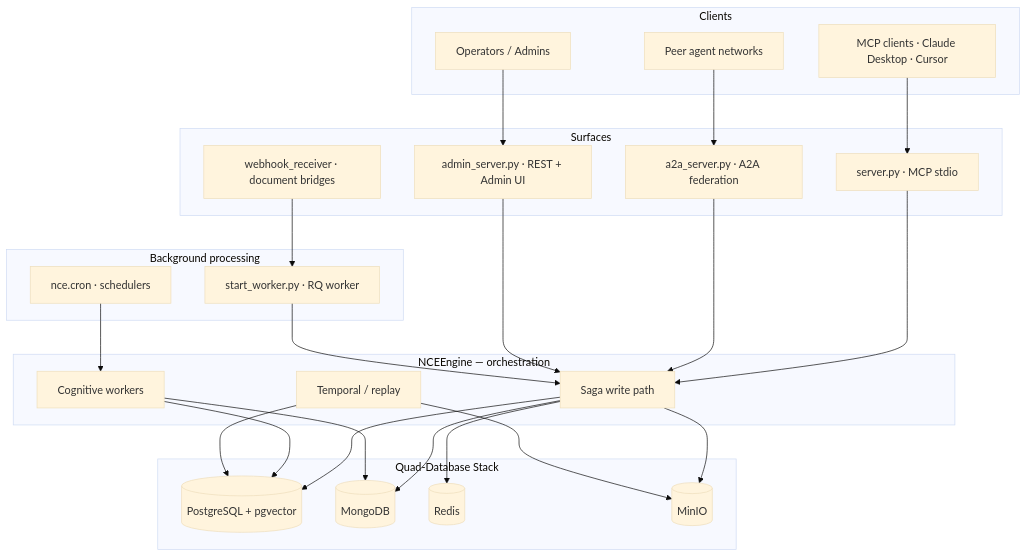
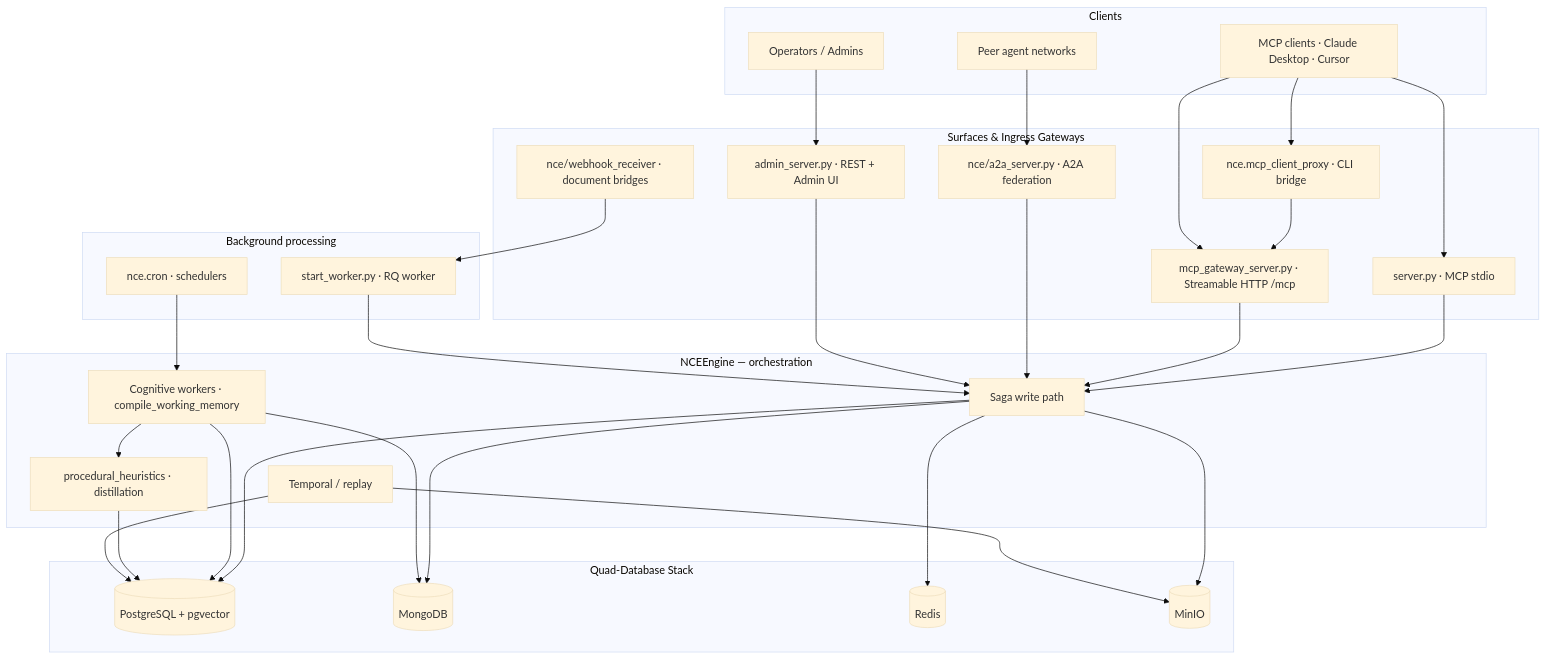
Before and after one commit to sindrehaugen/neuro-cognitive-engine: the diagram in README.md, drawn with Mermaid (base theme). The commit also changed other lines of this file and 140 other files, not shown here.

````diff
--- a/README.md
+++ b/README.md
@@ -83,46 +83,55 @@
 ```mermaid
 flowchart TB
   subgraph Clients [Clients]
-    IDE[MCP clients · Claude Desktop · Cursor]
-    PEER[Peer agent networks]
-    OPS[Operators / Admins]
+    IDE["MCP clients · Claude Desktop · Cursor"]
+    PEER["Peer agent networks"]
+    OPS["Operators / Admins"]
   end
 
-  subgraph Surfaces [Surfaces]
-    STDIO[server.py · MCP stdio]
-    A2A[a2a_server.py · A2A federation]
-    ADM[admin_server.py · REST + Admin UI]
-    WH[webhook_receiver · document bridges]
+  subgraph Surfaces [Surfaces & Ingress Gateways]
+    STDIO["server.py · MCP stdio"]
+    GW["mcp_gateway_server.py · Streamable HTTP /mcp"]
+    PROXY["nce.mcp_client_proxy · CLI bridge"]
+    A2A["nce/a2a_server.py · A2A federation"]
+    ADM["admin_server.py · REST + Admin UI"]
+    WH["nce/webhook_receiver · document bridges"]
   end
 
   subgraph Background [Background processing]
-    RQ[start_worker.py · RQ worker]
-    CRON[nce.cron · schedulers]
+    RQ["start_worker.py · RQ worker"]
+    CRON["nce.cron · schedulers"]
   end
 
   subgraph Engine [NCEEngine — orchestration]
-    ORCH[Saga write path]
-    COG[Cognitive workers]
-    TMP[Temporal / replay]
+    ORCH["Saga write path"]
+    COG["Cognitive workers · compile_working_memory"]
+    PROC["procedural_heuristics · distillation"]
+    TMP["Temporal / replay"]
   end
 
   subgraph Data [Quad-Database Stack]
-    PG[(PostgreSQL + pgvector)]
-    MG[(MongoDB)]
-    RD[(Redis)]
-    S3[(MinIO)]
+    PG[("PostgreSQL + pgvector")]
+    MG[("MongoDB")]
+    RD[("Redis")]
+    S3[("MinIO")]
   end
 
   IDE --> STDIO
+  IDE --> PROXY
+  PROXY --> GW
+  IDE --> GW
   PEER --> A2A
   OPS --> ADM
   STDIO --> ORCH
+  GW --> ORCH
   A2A --> ORCH
   ADM --> ORCH
   WH --> RQ
   RQ --> ORCH
   CRON --> COG
+  COG --> PROC
   ORCH --> PG & MG & RD & S3
   COG --> PG & MG
+  PROC --> PG
   TMP --> PG & S3
 ```
````
